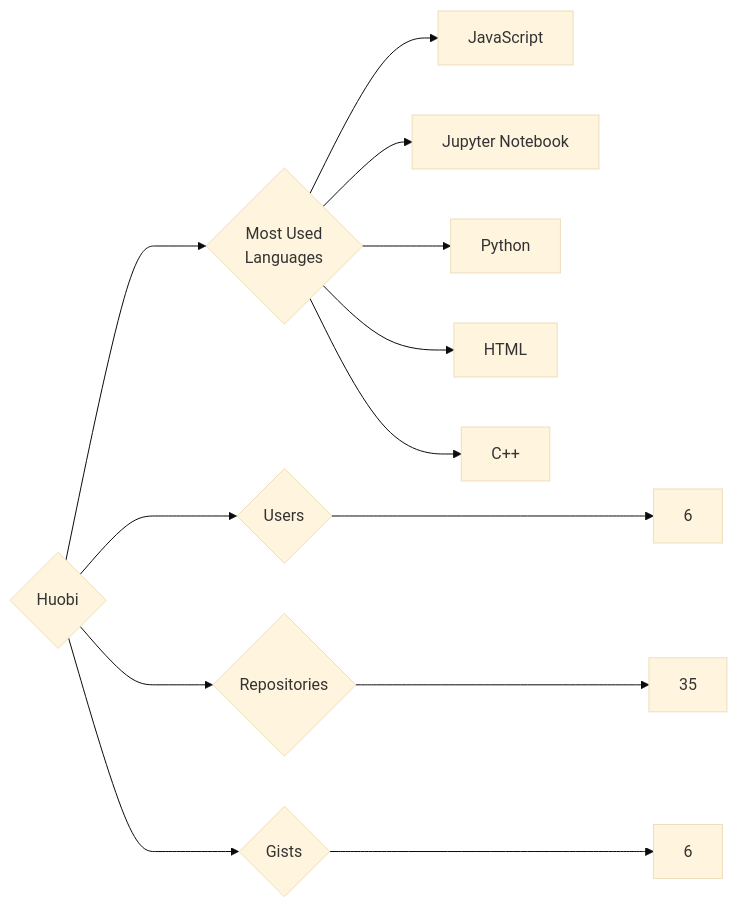
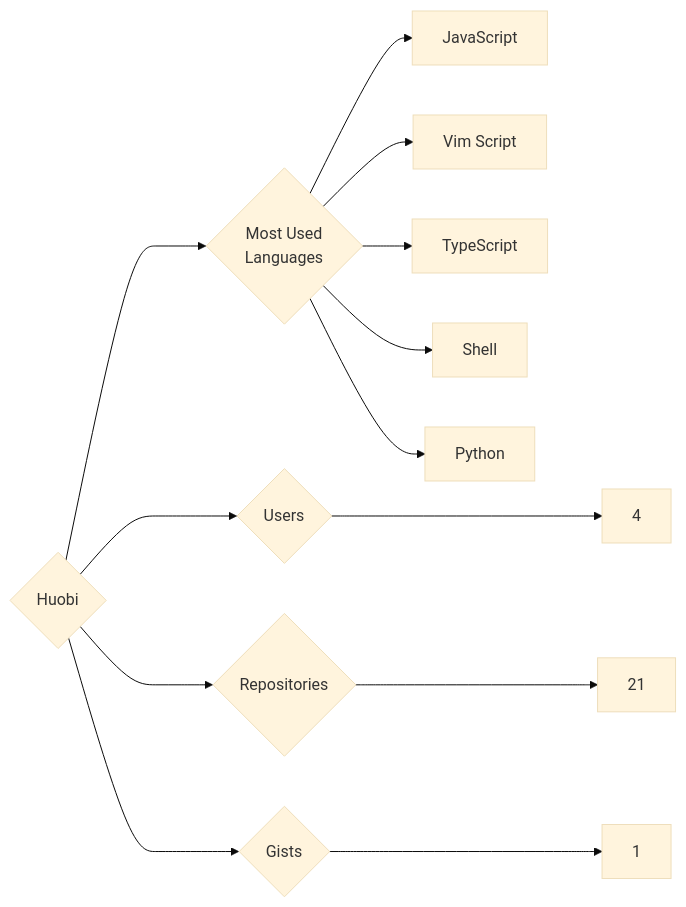
Before and after one commit to trickest/insiders: the diagram in targets/Huobi/README.md, drawn with Mermaid (base theme). The commit also changed 1092 other files, not shown here.

````diff
--- a/targets/Huobi/README.md
+++ b/targets/Huobi/README.md
@@ -3,13 +3,13 @@
 ```mermaid
 graph LR
 COMPANY_NAME{Huobi}
-COMPANY_NAME ---> U{Users} ---> UN[6]
-COMPANY_NAME ---> R{Repositories} ---> RN[35]
-COMPANY_NAME ---> G{Gists} ---> GN[6]
+COMPANY_NAME ---> U{Users} ---> UN[4]
+COMPANY_NAME ---> R{Repositories} ---> RN[21]
+COMPANY_NAME ---> G{Gists} ---> GN[1]
 COMPANY_NAME ---> ML{Most Used<br>Languages}
 ML --> JavaScript[JavaScript]
-ML --> Jupyter_Notebook[Jupyter Notebook]
+ML --> Vim_Script[Vim Script]
+ML --> TypeScript[TypeScript]
+ML --> Shell[Shell]
 ML --> Python[Python]
-ML --> HTML[HTML]
-ML --> C++[C++]
 ```
````
